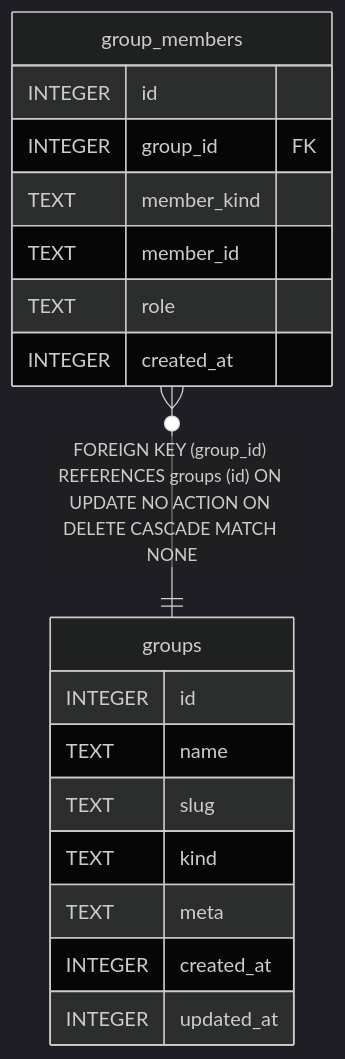
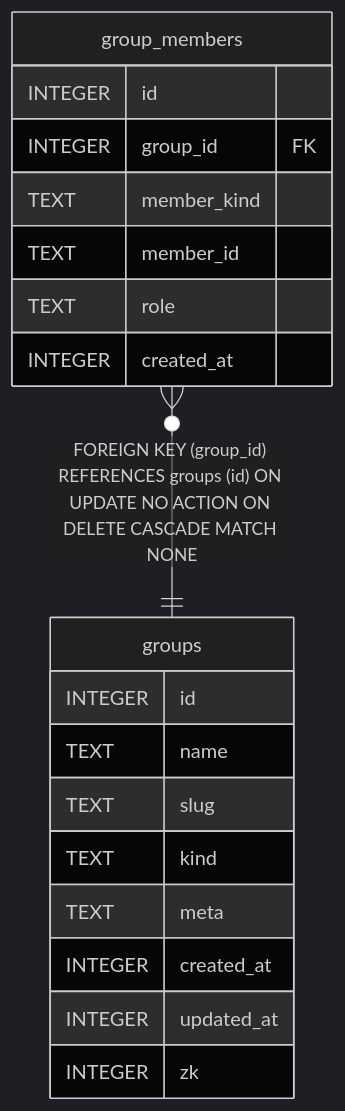
One commit to ktbhealth/docs changed the diagram in content/docs/pt-BR/developers/plugins/groups/reference/schema.mmd. Above: the diagram before and after it, drawn with Mermaid (dark theme). The commit also changed 173 other files, not shown here.

Commit message:
docs(erd): portal_keys table under the vault domain (T-148)

```diff
--- a/content/docs/pt-BR/developers/plugins/groups/reference/schema.mmd
+++ b/content/docs/pt-BR/developers/plugins/groups/reference/schema.mmd
@@ -1,21 +1,22 @@
 erDiagram
 
 "group_members" }o--|| "groups" : "FOREIGN KEY (group_id) REFERENCES groups (id) ON UPDATE NO ACTION ON DELETE CASCADE MATCH NONE"
 
 "group_members" {
   INTEGER id
   INTEGER group_id FK
   TEXT member_kind
   TEXT member_id
   TEXT role
   INTEGER created_at
 }
 "groups" {
   INTEGER id
   TEXT name
   TEXT slug
   TEXT kind
   TEXT meta
   INTEGER created_at
   INTEGER updated_at
+  INTEGER zk
 }
```
